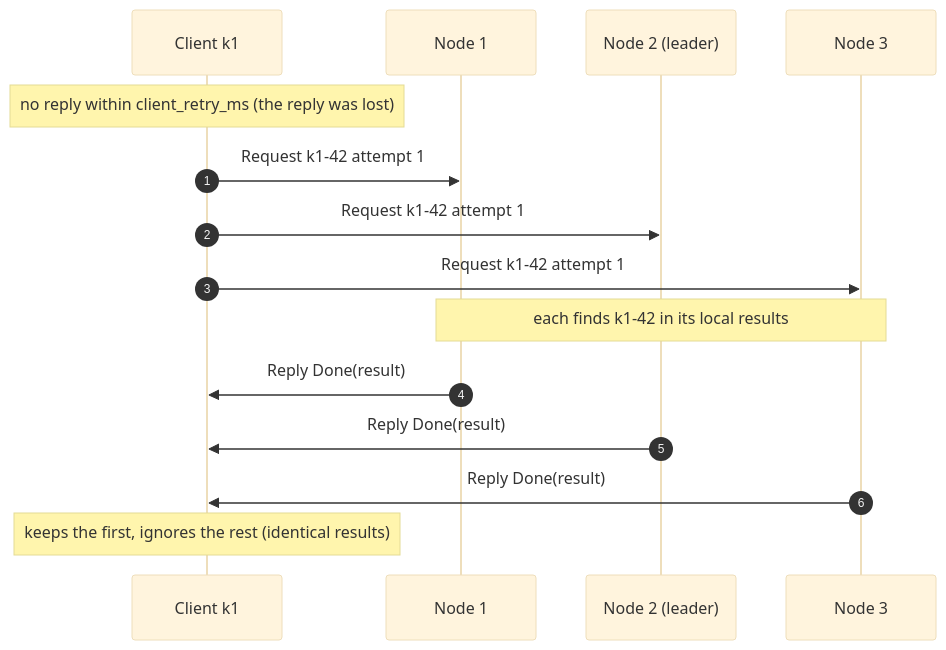
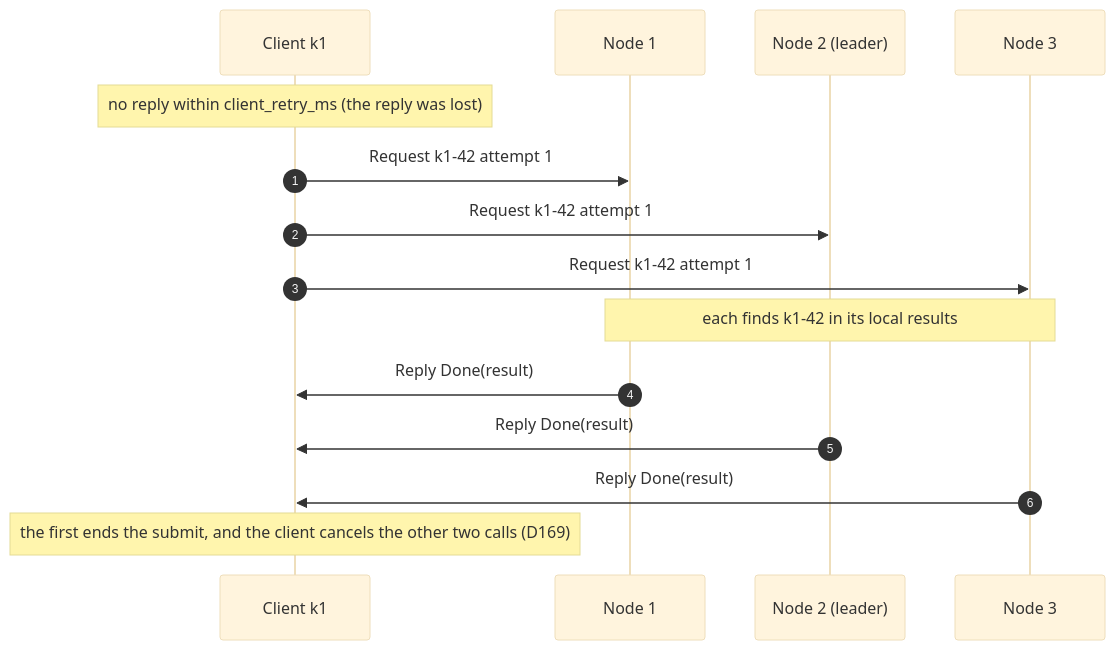
Before and after one commit to noortaytoy1/DistributedSystems: diagram 16 of 47 in docs/architecture.md, drawn with Mermaid (base theme). The commit also changed other lines of this file and 8 other files, not shown here.

````diff
--- a/docs/architecture.md
+++ b/docs/architecture.md
@@ -659,17 +765,17 @@
 ```mermaid
 sequenceDiagram
     autonumber
     participant K as Client k1
     participant N1 as Node 1
     participant N2 as Node 2 (leader)
     participant N3 as Node 3
     Note over K: no reply within client_retry_ms (the reply was lost)
     K->>N1: Request k1-42 attempt 1
     K->>N2: Request k1-42 attempt 1
     K->>N3: Request k1-42 attempt 1
     Note over N1,N3: each finds k1-42 in its local results
     N1->>K: Reply Done(result)
     N2->>K: Reply Done(result)
     N3->>K: Reply Done(result)
-    Note over K: keeps the first, ignores the rest (identical results)
+    Note over K: the first ends the submit, and the client cancels the other two calls (D169)
 ```
````
